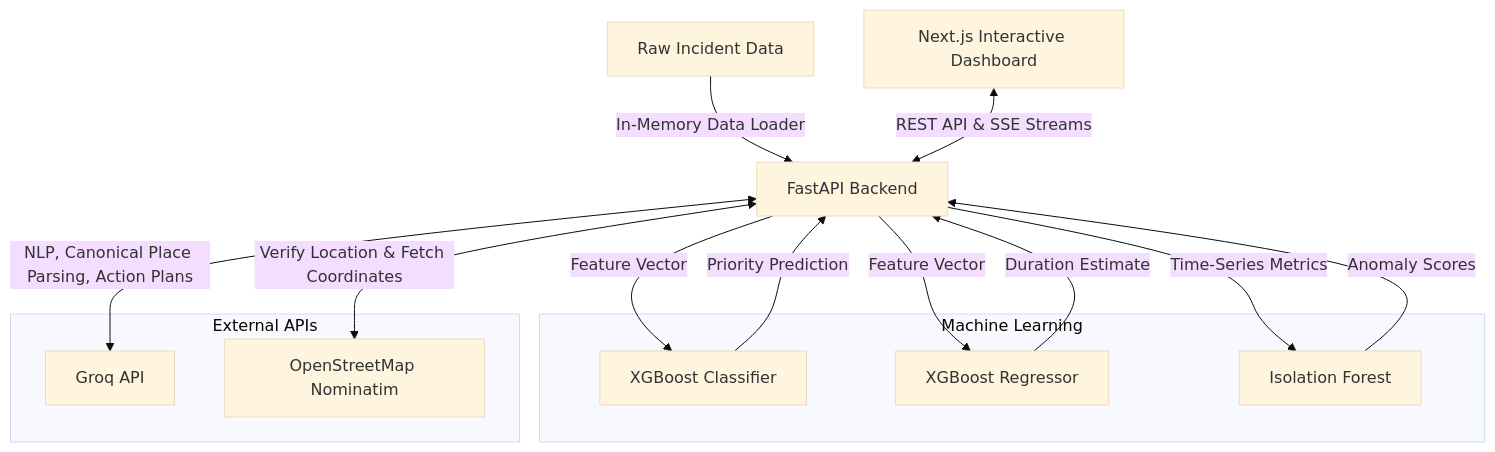
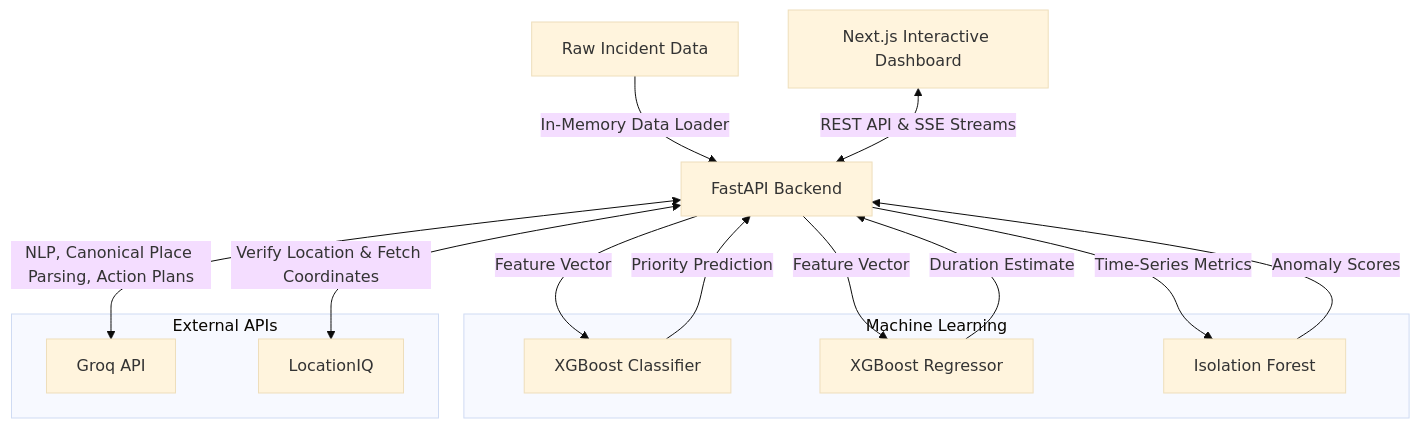
The first of 4 diagrams in README.md (sagarsarangi/Smart_traffic_Intelligence), drawn with Mermaid (base theme) before and after one commit. The commit also changed other lines of this file and 4 other files, not shown here.

````diff
--- a/README.md
+++ b/README.md
@@ -33,28 +33,28 @@
 ```mermaid
 graph TD
     A[Raw Incident Data] -->|In-Memory Data Loader| B[FastAPI Backend]
     
     subgraph Machine Learning
     C[XGBoost Classifier] 
     D[XGBoost Regressor]
     E[Isolation Forest]
     end
     
     B -->|Feature Vector| C
     B -->|Feature Vector| D
     B -->|Time-Series Metrics| E
     
     C -->|Priority Prediction| B
     D -->|Duration Estimate| B
     E -->|Anomaly Scores| B
     
     subgraph External APIs
     F[Groq API]
-    H[OpenStreetMap Nominatim]
+    H[LocationIQ]
     end
     
     B <-->|NLP, Canonical Place Parsing, Action Plans| F
     B <-->|Verify Location & Fetch Coordinates| H
     
     G[Next.js Interactive Dashboard] <-->|REST API & SSE Streams| B
 ```
````
